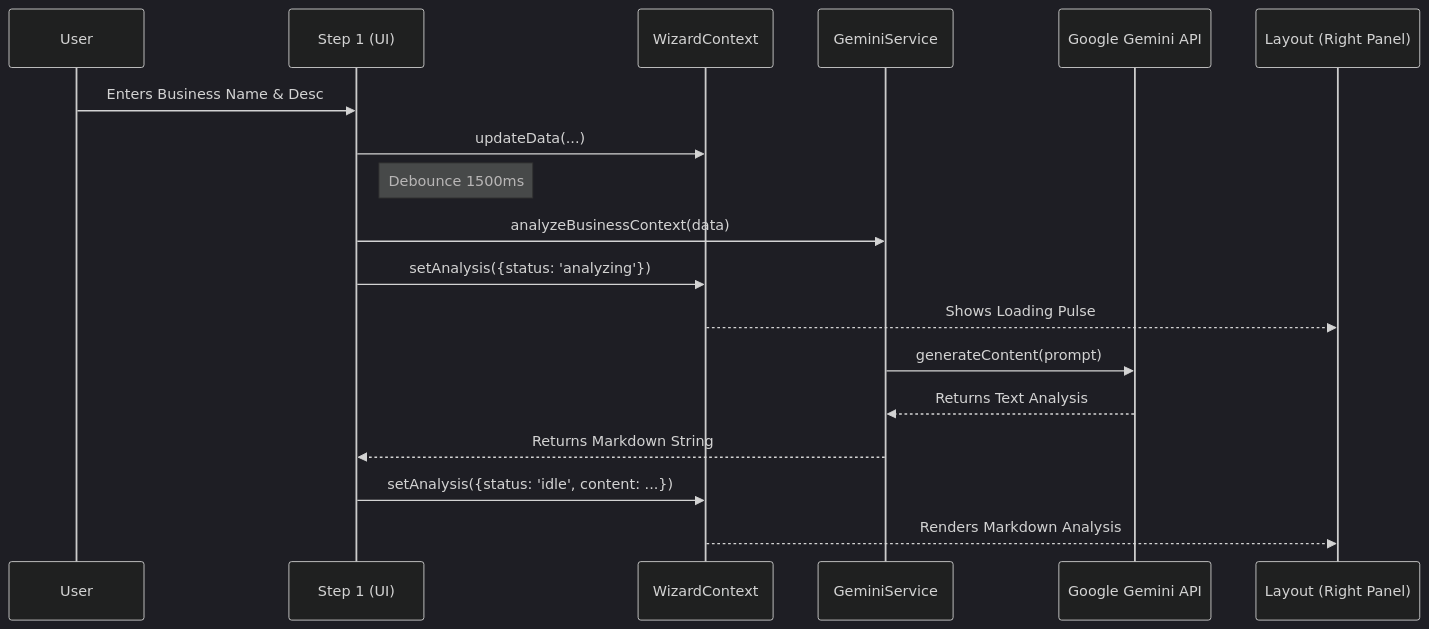
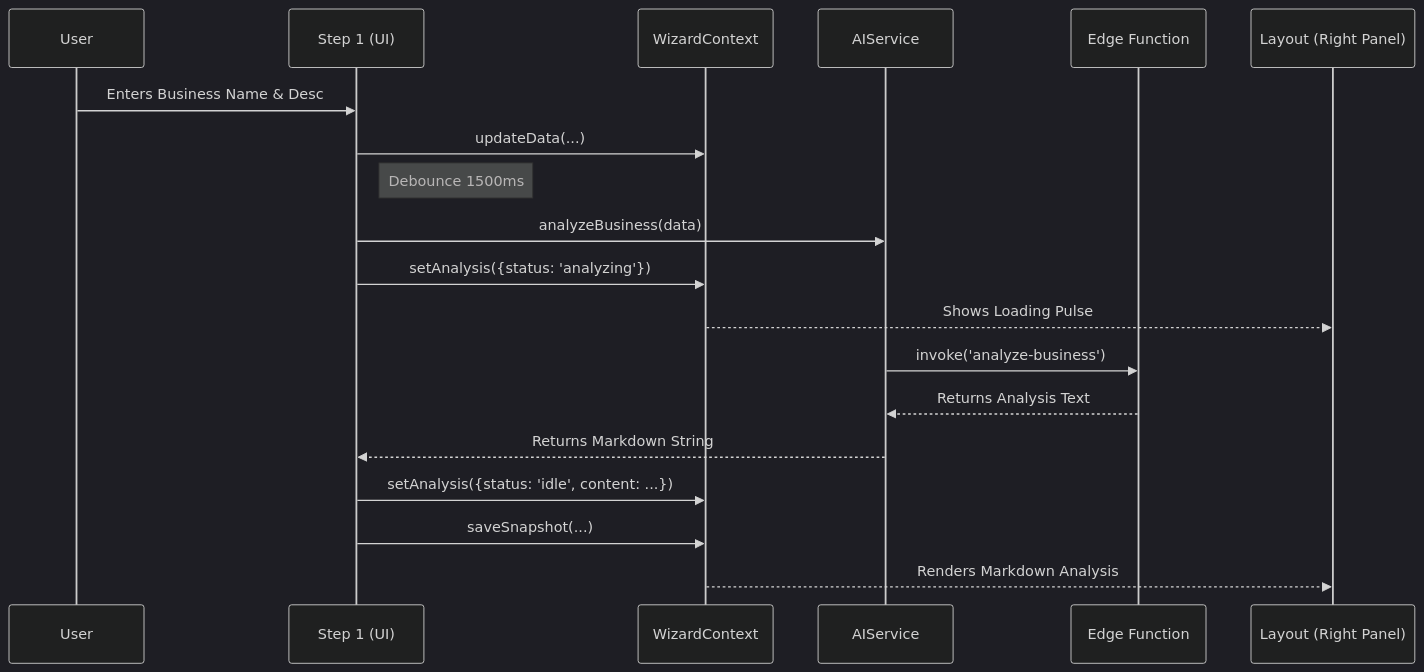
One commit to amo-tech-ai/sunaiv18 changed the second of 2 diagrams in docs/01-overview.md. Above: the diagram before and after it, drawn with Mermaid (dark theme). The commit also changed other lines of this file and 5 other files, not shown here.

First line of the commit message:
feat: Migrate AI analysis to Supabase Edge Functions

````diff
--- a/docs/01-overview.md
+++ b/docs/01-overview.md
@@ -117,25 +118,26 @@
 ```mermaid
 sequenceDiagram
     participant U as User
     participant S1 as Step 1 (UI)
     participant WC as WizardContext
-    participant GS as GeminiService
-    participant AI as Google Gemini API
+    participant AS as AIService
+    participant EF as Edge Function
     participant LP as Layout (Right Panel)
 
     U->>S1: Enters Business Name & Desc
     S1->>WC: updateData(...)
     
     note right of S1: Debounce 1500ms
     
-    S1->>GS: analyzeBusinessContext(data)
+    S1->>AS: analyzeBusiness(data)
     S1->>WC: setAnalysis({status: 'analyzing'})
     WC-->>LP: Shows Loading Pulse
     
-    GS->>AI: generateContent(prompt)
-    AI-->>GS: Returns Text Analysis
+    AS->>EF: invoke('analyze-business')
+    EF-->>AS: Returns Analysis Text
     
-    GS-->>S1: Returns Markdown String
+    AS-->>S1: Returns Markdown String
     S1->>WC: setAnalysis({status: 'idle', content: ...})
+    S1->>WC: saveSnapshot(...)
     WC-->>LP: Renders Markdown Analysis
 ```
````
